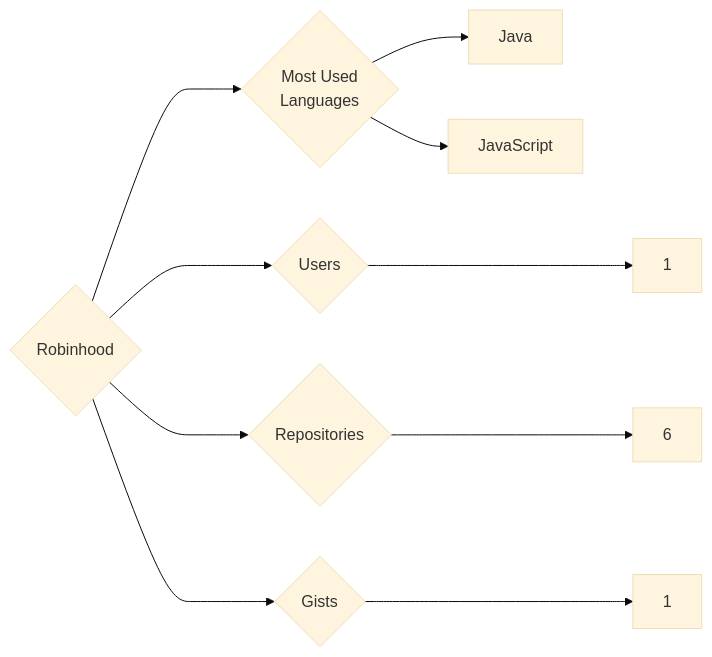
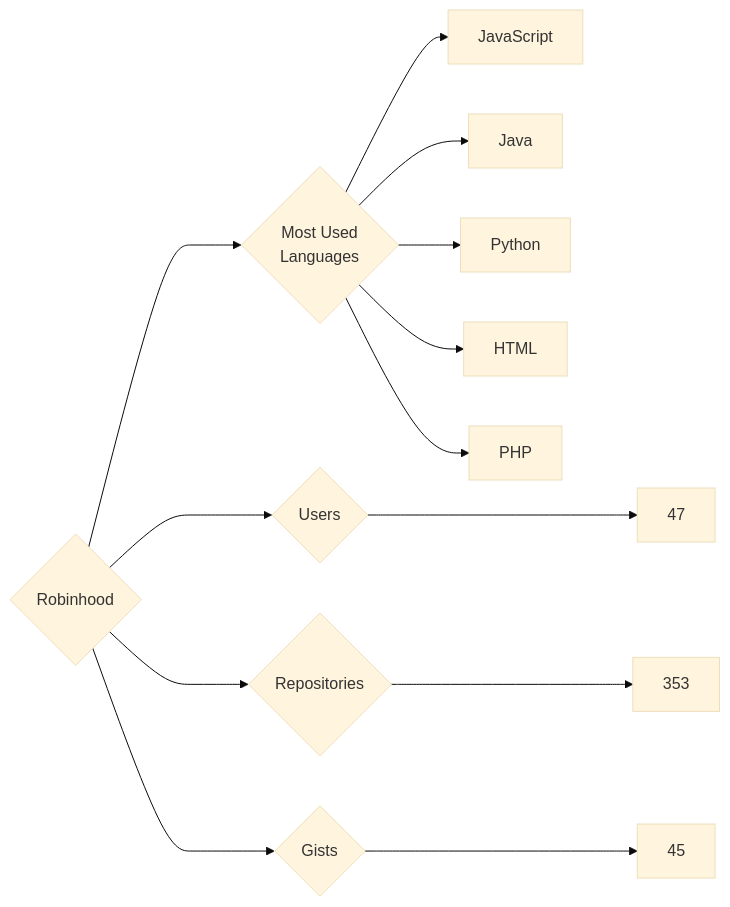
The diagram in targets/Robinhood/README.md (trickest/insiders), drawn with Mermaid (base theme) before and after one commit. The commit also changed 794 other files, not shown here.

````diff
--- a/targets/Robinhood/README.md
+++ b/targets/Robinhood/README.md
@@ -3,10 +3,13 @@
 ```mermaid
 graph LR
 COMPANY_NAME{Robinhood}
-COMPANY_NAME ---> U{Users} ---> UN[1]
-COMPANY_NAME ---> R{Repositories} ---> RN[6]
-COMPANY_NAME ---> G{Gists} ---> GN[1]
+COMPANY_NAME ---> U{Users} ---> UN[47]
+COMPANY_NAME ---> R{Repositories} ---> RN[353]
+COMPANY_NAME ---> G{Gists} ---> GN[45]
 COMPANY_NAME ---> ML{Most Used<br>Languages}
+ML --> JavaScript[JavaScript]
 ML --> Java[Java]
-ML --> JavaScript[JavaScript]
+ML --> Python[Python]
+ML --> HTML[HTML]
+ML --> PHP[PHP]
 ```
````
